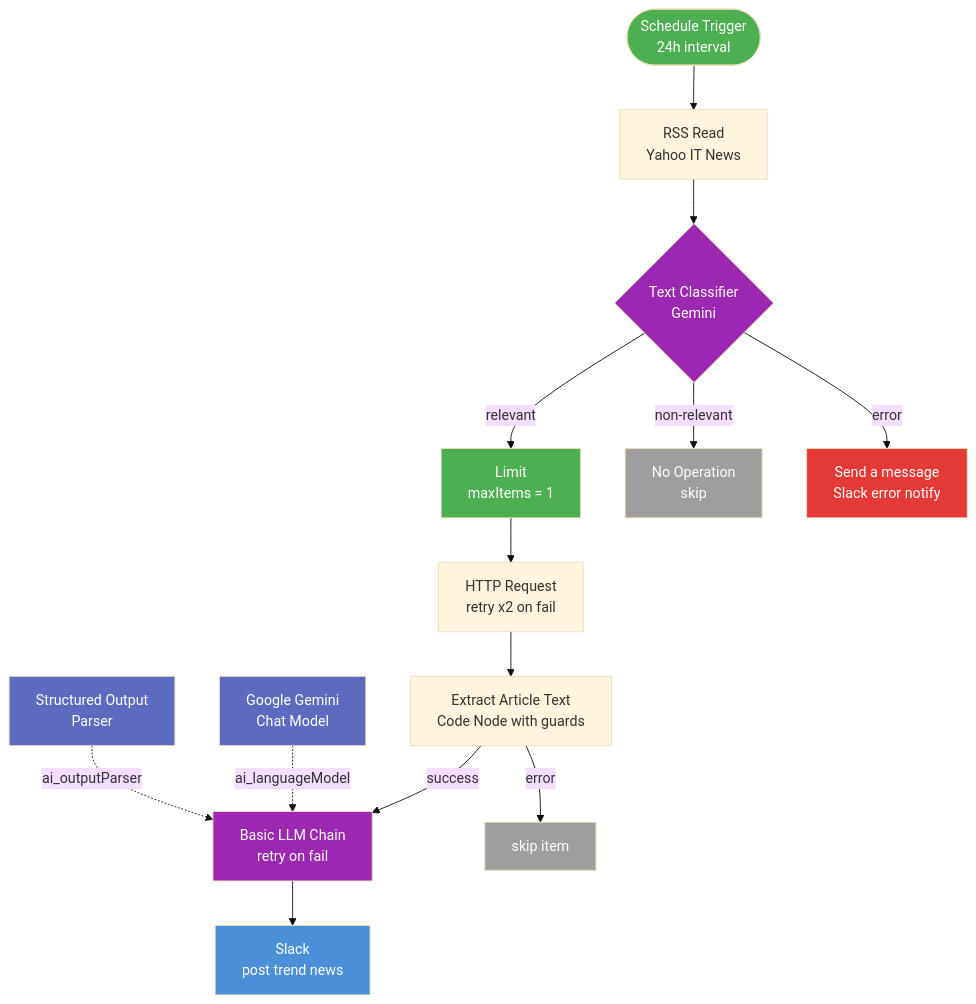
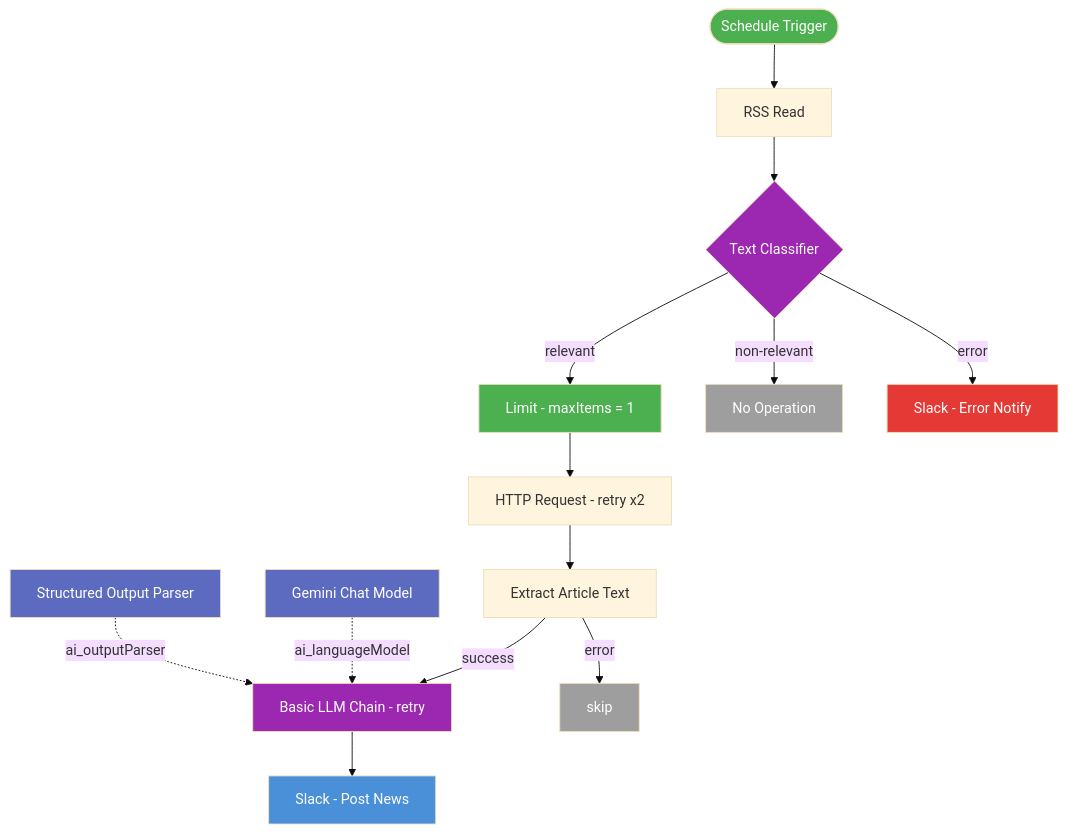
One commit to takumiwork-n8n/X_present_post_workflow changed the diagram in 修正後/README.md. Above: the diagram before and after it, drawn with Mermaid (base theme). The commit also changed 1 other file, not shown here.

Commit message:
fix: remove newlines from mermaid node labels for GitHub rendering

````diff
--- a/修正後/README.md
+++ b/修正後/README.md
@@ -37,29 +37,25 @@
 ```mermaid
 flowchart TD
-    SCH([Schedule Trigger\n24h interval]) --> RSS[RSS Read\nYahoo IT News]
-    RSS --> CLS{Text Classifier\nGemini}
-
-    CLS -->|relevant| LIM[Limit\nmaxItems = 1]
-    CLS -->|non-relevant| NOP[No Operation\nskip]
-    CLS -->|error| ERR[Send a message\nSlack error notify]
-
-    LIM --> HTT[HTTP Request\nretry x2 on fail]
-    HTT --> EXT[Extract Article Text\nCode Node with guards]
-    EXT -->|success| LLM[Basic LLM Chain\nretry on fail]
-    EXT -->|error| SKIP[skip item]
-    LLM --> SLK[Slack\npost trend news]
-
-    GEM[Google Gemini\nChat Model] -.->|ai_languageModel| LLM
-    SOP[Structured Output\nParser] -.->|ai_outputParser| LLM
-
+    SCH([Schedule Trigger]) --> RSS[RSS Read]
+    RSS --> CLS{Text Classifier}
+    CLS -->|relevant| LIM[Limit - maxItems = 1]
+    CLS -->|non-relevant| NOP[No Operation]
+    CLS -->|error| ERR[Slack - Error Notify]
+    LIM --> HTT[HTTP Request - retry x2]
+    HTT --> EXT[Extract Article Text]
+    EXT -->|success| LLM[Basic LLM Chain - retry]
+    EXT -->|error| SKIP[skip]
+    LLM --> SLK[Slack - Post News]
+    GEM[Gemini Chat Model] -.->|ai_languageModel| LLM
+    SOP[Structured Output Parser] -.->|ai_outputParser| LLM
     style SCH fill:#4CAF50,color:#fff
     style SLK fill:#4A90D9,color:#fff
     style ERR fill:#E53935,color:#fff
     style NOP fill:#9E9E9E,color:#fff
     style SKIP fill:#9E9E9E,color:#fff
     style LIM fill:#4CAF50,color:#fff
     style CLS fill:#9C27B0,color:#fff
     style LLM fill:#9C27B0,color:#fff
     style GEM fill:#5c6bc0,color:#fff
     style SOP fill:#5c6bc0,color:#fff
 ```
````
